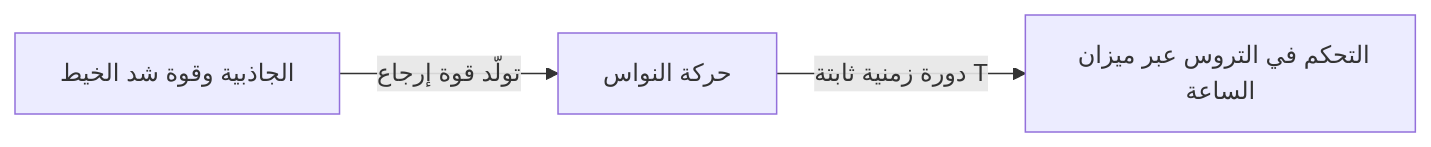
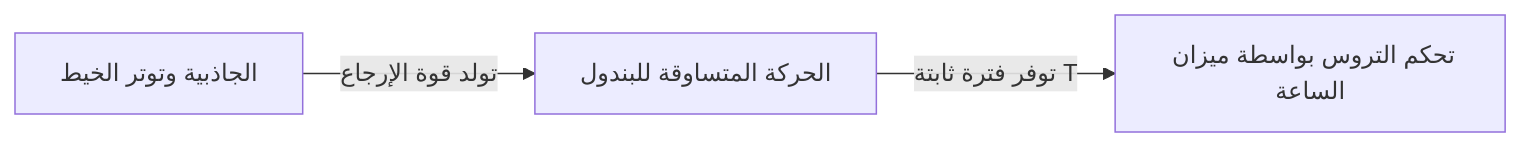
The second of 3 diagrams in content/post/history-of-timekeeping-technology/index.ar.md (kenjinote/blog), drawn with Mermaid before and after one commit. The commit also changed other lines of this file and 129 other files, not shown here.

````diff
--- a/content/post/history-of-timekeeping-technology/index.ar.md
+++ b/content/post/history-of-timekeeping-technology/index.ar.md
@@ -36,5 +41,5 @@
 ```mermaid
 graph LR
-    A["الجاذبية وقوة شد الخيط"] -- "تولّد قوة إرجاع" --> B["حركة النواس"]
-    B -- "دورة زمنية ثابتة T" --> C["التحكم في التروس عبر ميزان الساعة"]
+    A["الجاذبية وتوتر الخيط"] -- "تولد قوة الإرجاع" --> B["الحركة المتساوقة للبندول"]
+    B -- "توفر فترة ثابتة T" --> C["تحكم التروس بواسطة ميزان الساعة"]
 ```
````
